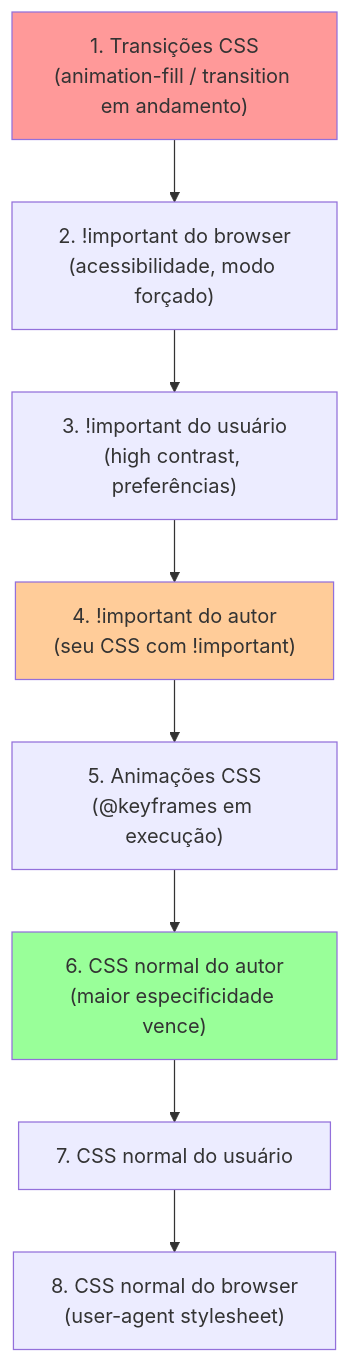
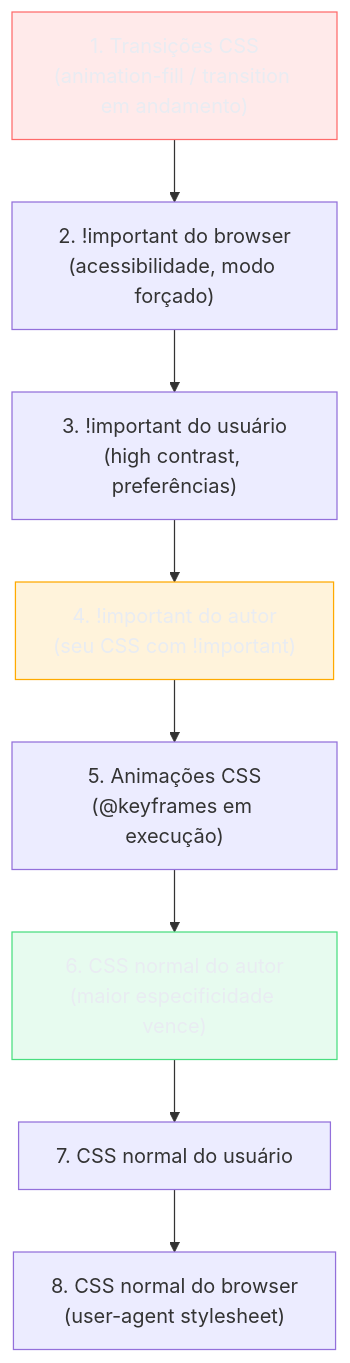
Before and after one commit to josenaldo/codex-technomanticus: the first of 2 diagrams in 03-Dominios/Tecnologia/CSS/05 - Especificidade, cascade e layer.md, drawn with Mermaid. The commit also changed 1181 other files, not shown here.

First line of the commit message:
fix(diagramas): paleta do sistema no lugar de cor cravada no markdown

````diff
--- a/03-Dominios/Tecnologia/CSS/05 - Especificidade, cascade e layer.md
+++ b/03-Dominios/Tecnologia/CSS/05 - Especificidade, cascade e layer.md
@@ -28,16 +28,19 @@
 ```mermaid
 flowchart TD
+    classDef falha fill:#FF6B6B24,stroke:#FF6B6B,color:#E9ECF2
+    classDef destaque fill:#FFAA0024,stroke:#FFAA00,color:#E9ECF2
+    classDef ok fill:#4ADE8021,stroke:#4ADE80,color:#E9ECF2
     A["1. Transições CSS\n(animation-fill / transition em andamento)"]
     B["2. !important do browser\n(acessibilidade, modo forçado)"]
     C["3. !important do usuário\n(high contrast, preferências)"]
     D["4. !important do autor\n(seu CSS com !important)"]
     E["5. Animações CSS\n(@keyframes em execução)"]
     F["6. CSS normal do autor\n(maior especificidade vence)"]
     G["7. CSS normal do usuário"]
     H["8. CSS normal do browser\n(user-agent stylesheet)"]
 
     A --> B --> C --> D --> E --> F --> G --> H
-    style A fill:#ff9999
-    style D fill:#ffcc99
-    style F fill:#99ff99
+    class A falha
+    class D destaque
+    class F ok
 ```
````
